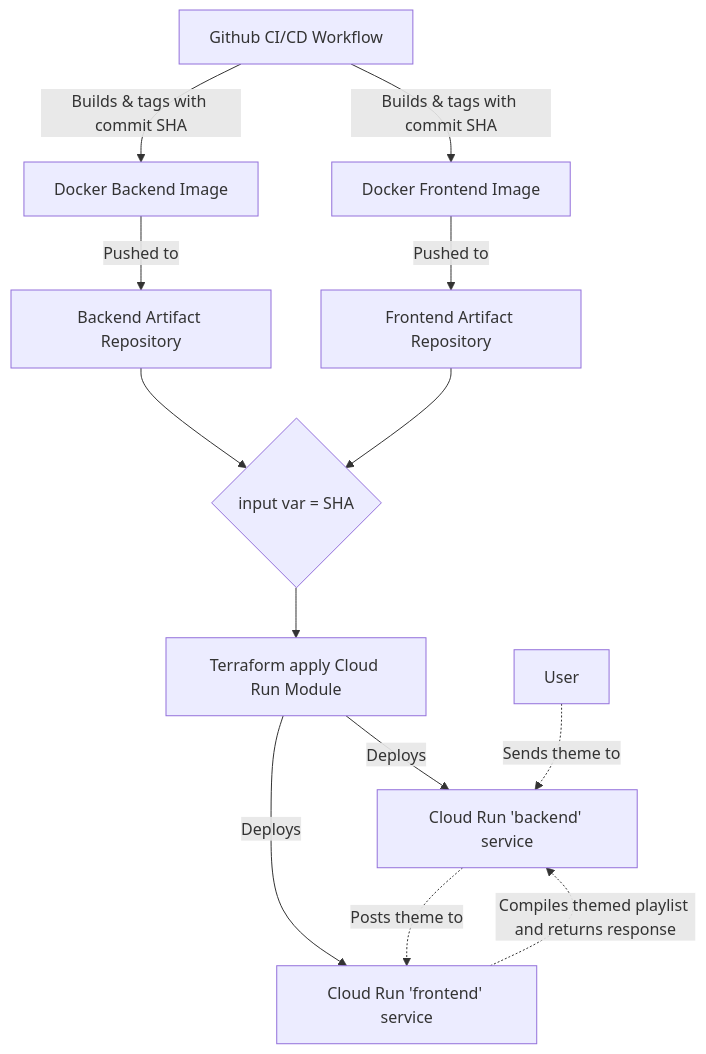
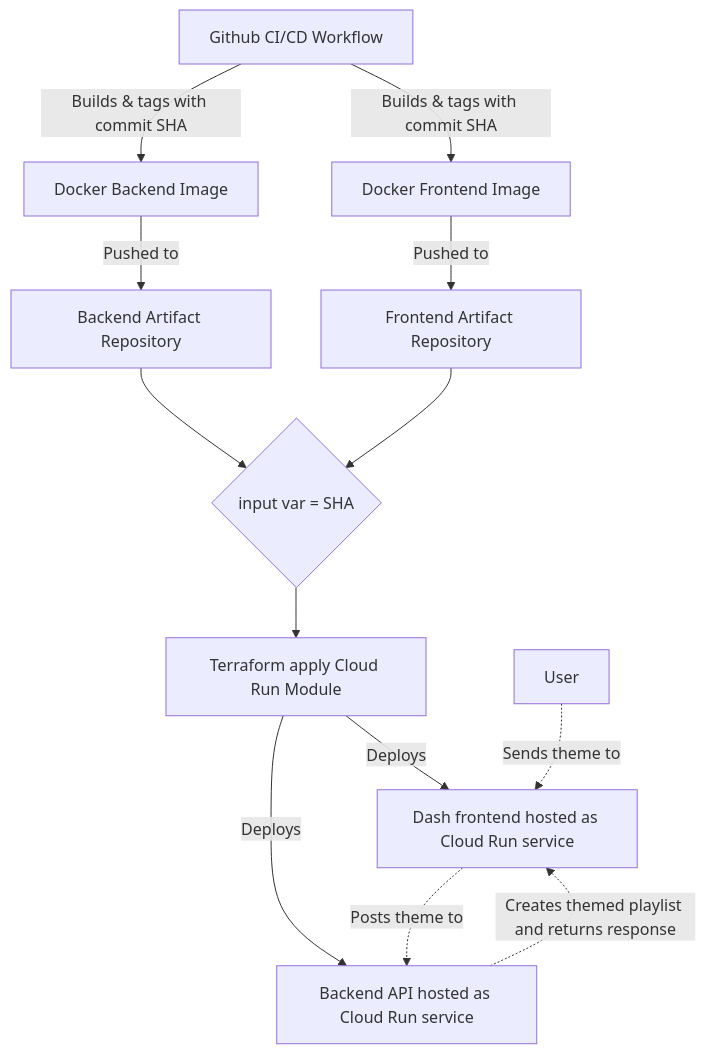
Before and after one commit to emieldatalytica/GPTunes: the diagram in README.md, drawn with Mermaid.

Commit message:
fix mistake in mermaid graph

````diff
--- a/README.md
+++ b/README.md
@@ -11,15 +11,15 @@
 ```mermaid
 graph TD
     A[Github CI/CD Workflow] --> |Builds & tags with commit SHA| B[Docker Backend Image]
     A --> |Builds & tags with commit SHA| C[Docker Frontend Image]
     B -->|Pushed to| D[Backend Artifact Repository]
     C -->|Pushed to| E[Frontend Artifact Repository]
     D --> F{input var = SHA}
     E --> F
     F --> G[Terraform apply Cloud Run Module]
-    G -->|Deploys| I[Cloud Run 'backend' service]
-    G -->|Deploys| H[Cloud Run 'frontend' service]
-    J[User] -.->|Sends theme to| I
-    I -.->|Posts theme to| H
-    H -.->|Compiles themed playlist and returns response| I
+    G -->|Deploys| H[Dash frontend hosted as Cloud Run service]
+    G -->|Deploys| I[Backend API hosted as Cloud Run service]
+    J[User] -.->|Sends theme to| H
+    H -.->|Posts theme to| I
+    I -.->|Creates themed playlist and returns response| H
 ```
````
